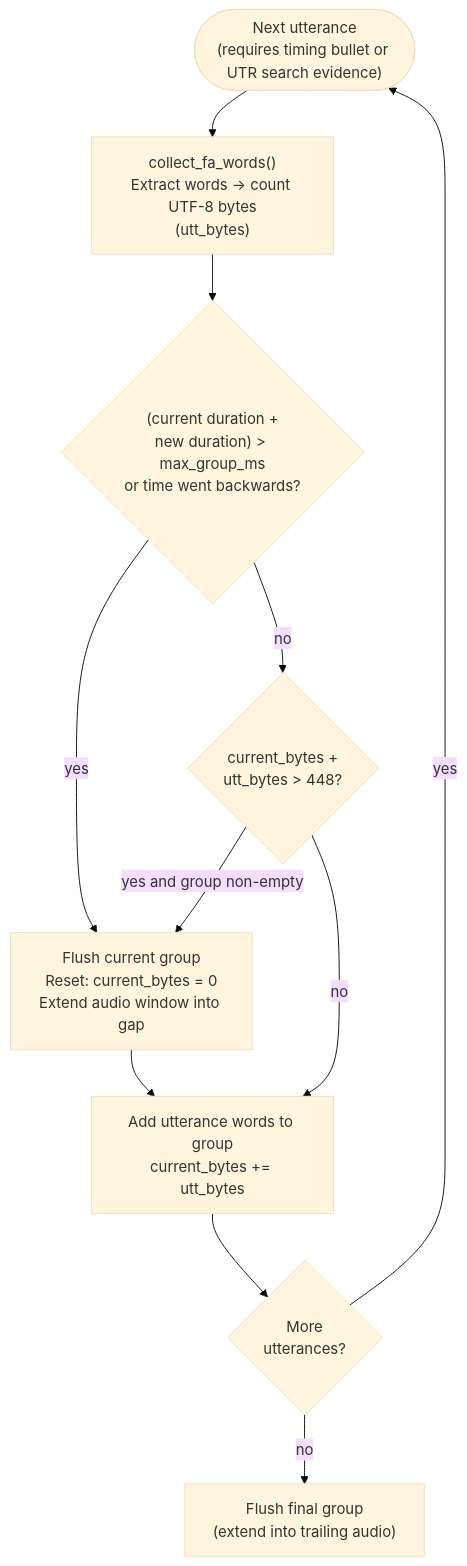
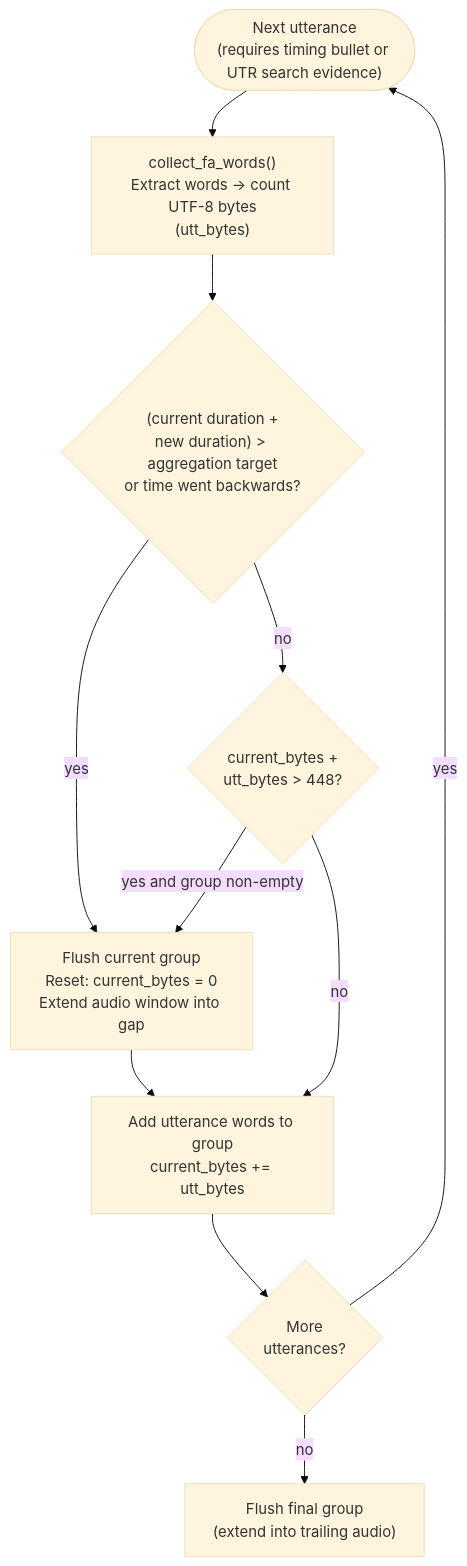
One commit to FranklinChen/talkbank-tools changed the sixth of 16 diagrams in book/src/batchalign/reference/forced-alignment.md. Above: the diagram before and after it, drawn with Mermaid (base theme). The commit also changed other lines of this file and 523 other files, not shown here.

````diff
--- a/book/src/batchalign/reference/forced-alignment.md
+++ b/book/src/batchalign/reference/forced-alignment.md
@@ -1021,21 +1022,21 @@
 ```mermaid
 flowchart TD
     utt(["Next utterance<br/>(requires timing bullet or UTR search evidence)"])
     extract["collect_fa_words()<br/>Extract words → count UTF-8 bytes<br/>(utt_bytes)"]
-    over_time{"(current duration +<br/>new duration) > max_group_ms<br/>or time went backwards?"}
+    over_time{"(current duration +<br/>new duration) > aggregation target<br/>or time went backwards?"}
     over_chars{"current_bytes +<br/>utt_bytes > 448?"}
     flush["Flush current group<br/>Reset: current_bytes = 0<br/>Extend audio window into gap"]
     add["Add utterance words to group<br/>current_bytes += utt_bytes"]
     more{"More<br/>utterances?"}
     final["Flush final group<br/>(extend into trailing audio)"]
 
     utt --> extract --> over_time
     over_time -->|"yes"| flush
     over_time -->|"no"| over_chars
     over_chars -->|"yes and group non-empty"| flush
     over_chars -->|"no"| add
     flush --> add
     add --> more
     more -->|"yes"| utt
     more -->|"no"| final
 ```
````
